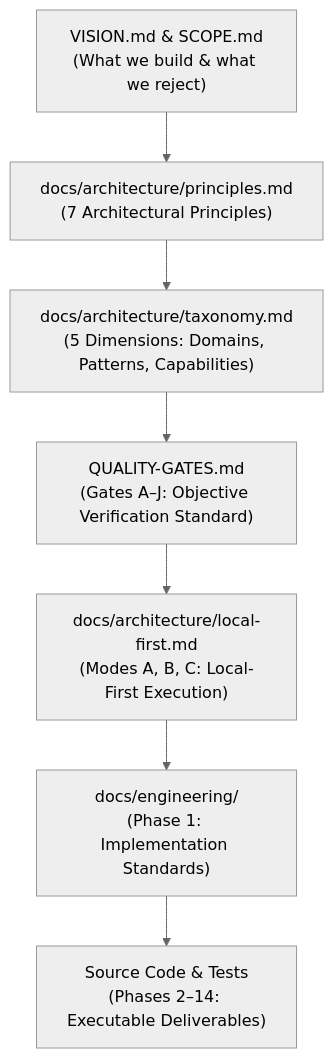
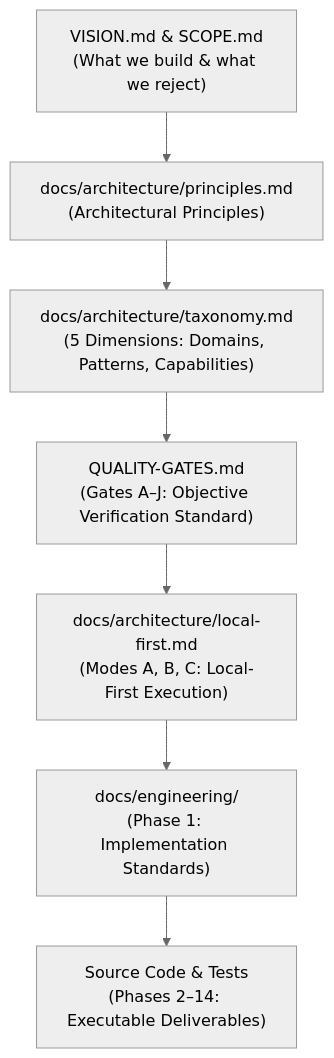
The diagram in docs/learning/phase-00-governance.md (avadhut-kore/ai-application-architecture), drawn with Mermaid (neutral theme) before and after one commit. The commit also changed other lines of this file and 3 other files, not shown here.

````diff
--- a/docs/learning/phase-00-governance.md
+++ b/docs/learning/phase-00-governance.md
@@ -56,9 +56,9 @@
 ```mermaid
 graph TD
-    Vision["VISION.md & SCOPE.md<br/>(What we build & what we reject)"] --> Principles["docs/architecture/principles.md<br/>(7 Architectural Principles)"]
+    Vision["VISION.md & SCOPE.md<br/>(What we build & what we reject)"] --> Principles["docs/architecture/principles.md<br/>(Architectural Principles)"]
     Principles --> Taxonomy["docs/architecture/taxonomy.md<br/>(5 Dimensions: Domains, Patterns, Capabilities)"]
     Taxonomy --> Gates["QUALITY-GATES.md<br/>(Gates A–J: Objective Verification Standard)"]
     Gates --> LocalFirst["docs/architecture/local-first.md<br/>(Modes A, B, C: Local-First Execution)"]
     LocalFirst --> Engineering["docs/engineering/<br/>(Phase 1: Implementation Standards)"]
     Engineering --> Code["Source Code & Tests<br/>(Phases 2–14: Executable Deliverables)"]
 ```
````
